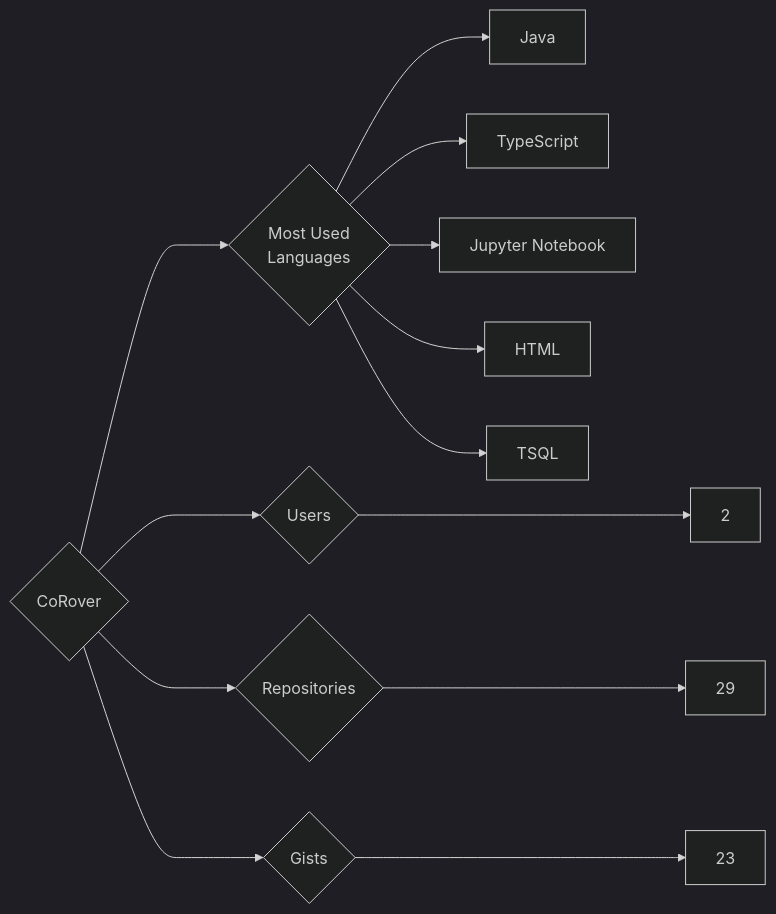
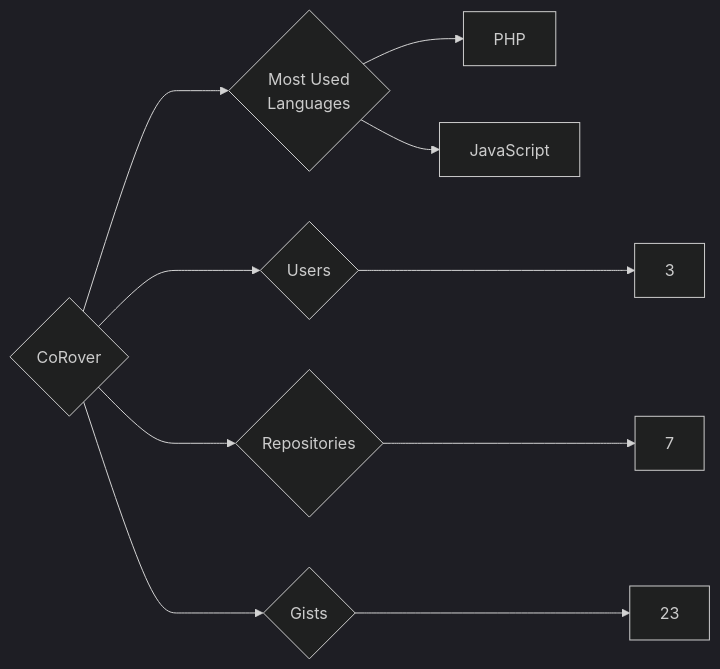
The diagram in targets/CoRover/README.md (trickest/insiders), drawn with Mermaid (dark theme) before and after one commit. The commit also changed 745 other files, not shown here.

````diff
--- a/targets/CoRover/README.md
+++ b/targets/CoRover/README.md
@@ -3,13 +3,10 @@
 ```mermaid
 graph LR
 COMPANY_NAME{CoRover}
-COMPANY_NAME ---> U{Users} ---> UN[2]
-COMPANY_NAME ---> R{Repositories} ---> RN[29]
+COMPANY_NAME ---> U{Users} ---> UN[3]
+COMPANY_NAME ---> R{Repositories} ---> RN[7]
 COMPANY_NAME ---> G{Gists} ---> GN[23]
 COMPANY_NAME ---> ML{Most Used<br>Languages}
-ML --> Java[Java]
-ML --> TypeScript[TypeScript]
-ML --> Jupyter_Notebook[Jupyter Notebook]
-ML --> HTML[HTML]
-ML --> TSQL[TSQL]
+ML --> PHP[PHP]
+ML --> JavaScript[JavaScript]
 ```
````
